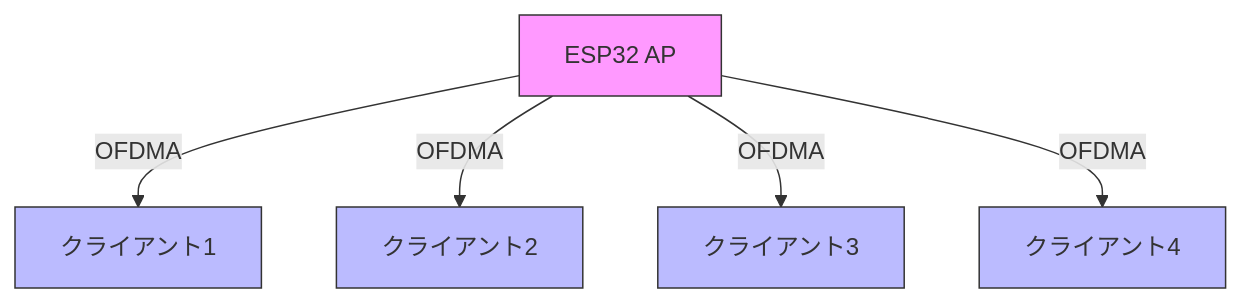
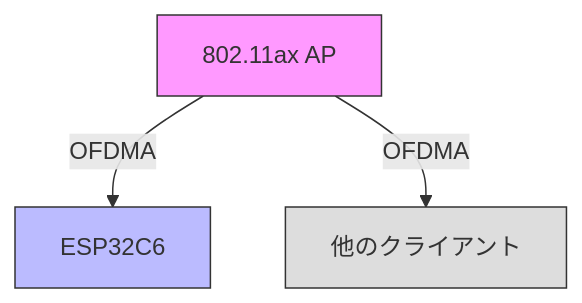
The diagram in 多元接続方式/ofdma_test/README.md (uecken/docs), drawn with Mermaid before and after one commit. The commit also changed other lines of this file and 2 other files, not shown here.

Commit message:
Update OFDMA implementation for ESP32C6 client mode only

````diff
--- a/多元接続方式/ofdma_test/README.md
+++ b/多元接続方式/ofdma_test/README.md
@@ -19,13 +19,9 @@
 ```mermaid
 graph TD
-    A[ESP32 AP] -->|OFDMA| B[クライアント1]
-    A -->|OFDMA| C[クライアント2]
-    A -->|OFDMA| D[クライアント3]
-    A -->|OFDMA| E[クライアント4]
+    A[802.11ax AP] -->|OFDMA| B[ESP32C6]
+    A -->|OFDMA| C[他のクライアント]
     
     style A fill:#f9f,stroke:#333
     style B fill:#bbf,stroke:#333
-    style C fill:#bbf,stroke:#333
-    style D fill:#bbf,stroke:#333
-    style E fill:#bbf,stroke:#333
+    style C fill:#ddd,stroke:#333
 ```
````
